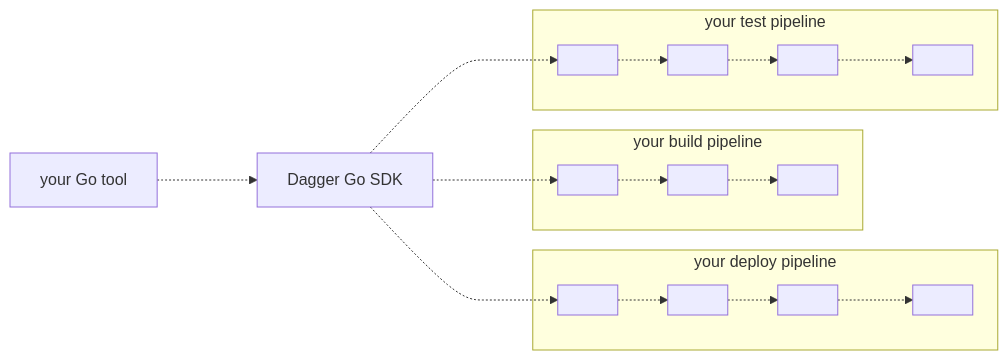
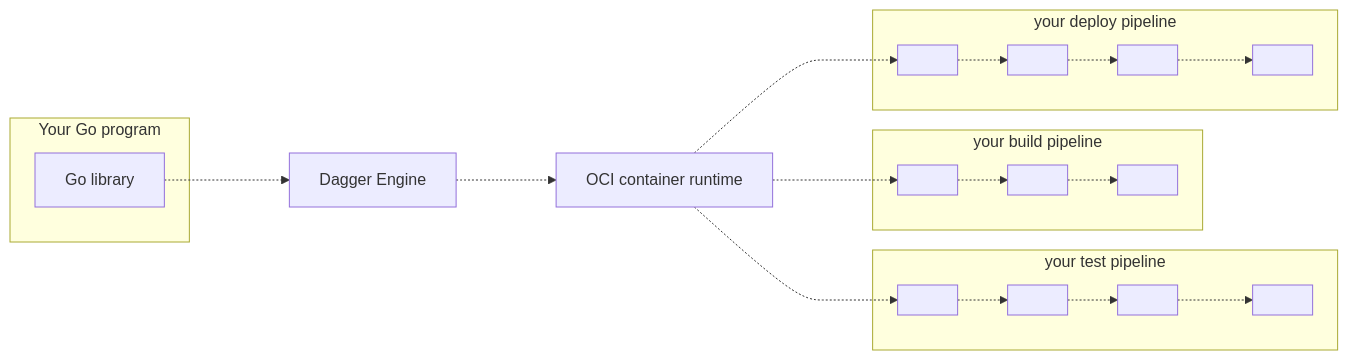
Before and after one commit to dagger/dagger: the diagram in docs/v0.3/sdk/go/fssrz-index.md, drawn with Mermaid. The commit also changed other lines of this file and 1 other file, not shown here.

Commit message:
Docs: Go SDK intro

````diff
--- a/docs/v0.3/sdk/go/fssrz-index.md
+++ b/docs/v0.3/sdk/go/fssrz-index.md
@@ -21,16 +45,22 @@
 ```mermaid
 graph LR;
 
-tool["your Go tool"] -..-> goSDK["Dagger Go SDK"]
+subgraph program["Your Go program"]
+  lib["Go library"]
+end
 
+engine["Dagger Engine"]
+
+oci["OCI container runtime"]
 subgraph A["your build pipeline"]
   A1[" "] -.-> A2[" "] -.-> A3[" "]
 end
-subgraph B["your deploy pipeline"]
+subgraph B["your test pipeline"]
   B1[" "] -.-> B2[" "] -.-> B3[" "] -.-> B4[" "]
 end
-subgraph C["your test pipeline"]
+subgraph C["your deploy pipeline"]
   C1[" "] -.-> C2[" "] -.-> C3[" "] -.-> C4[" "]
 end
-goSDK -..-> A1 & B1 & C1
+
+lib -..-> engine -..-> oci -..-> A1 & B1 & C1
 ```
````
